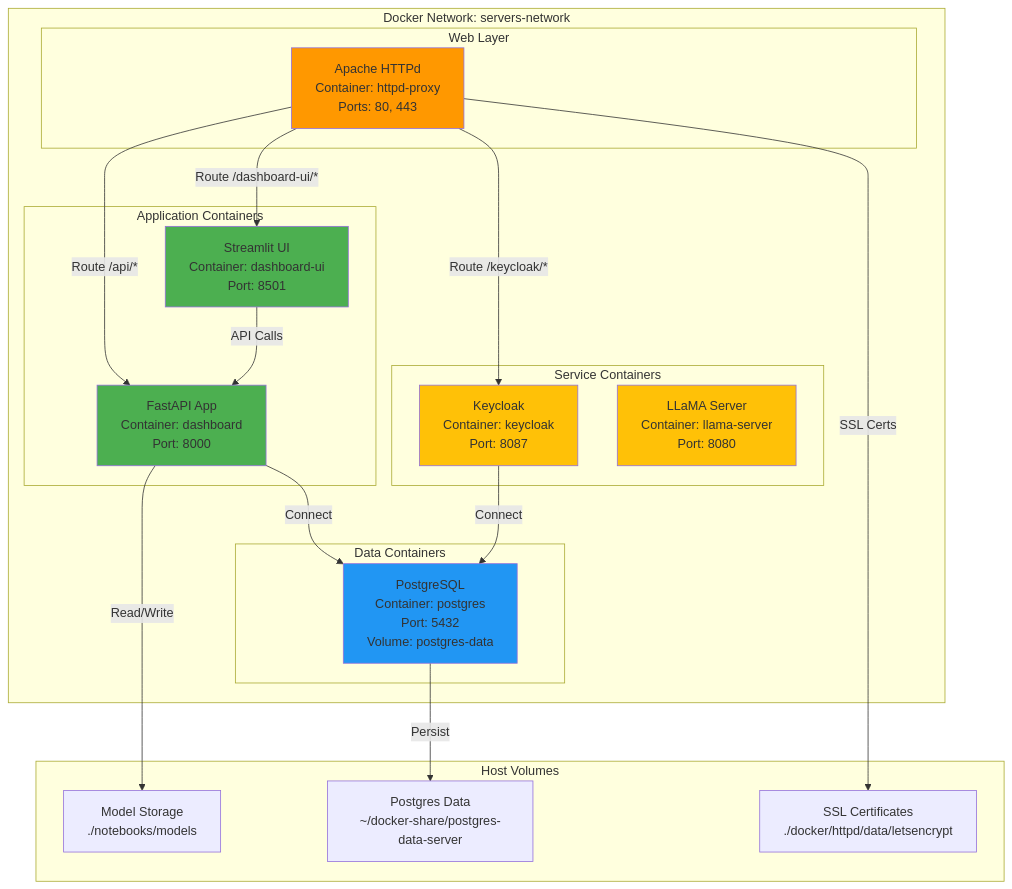
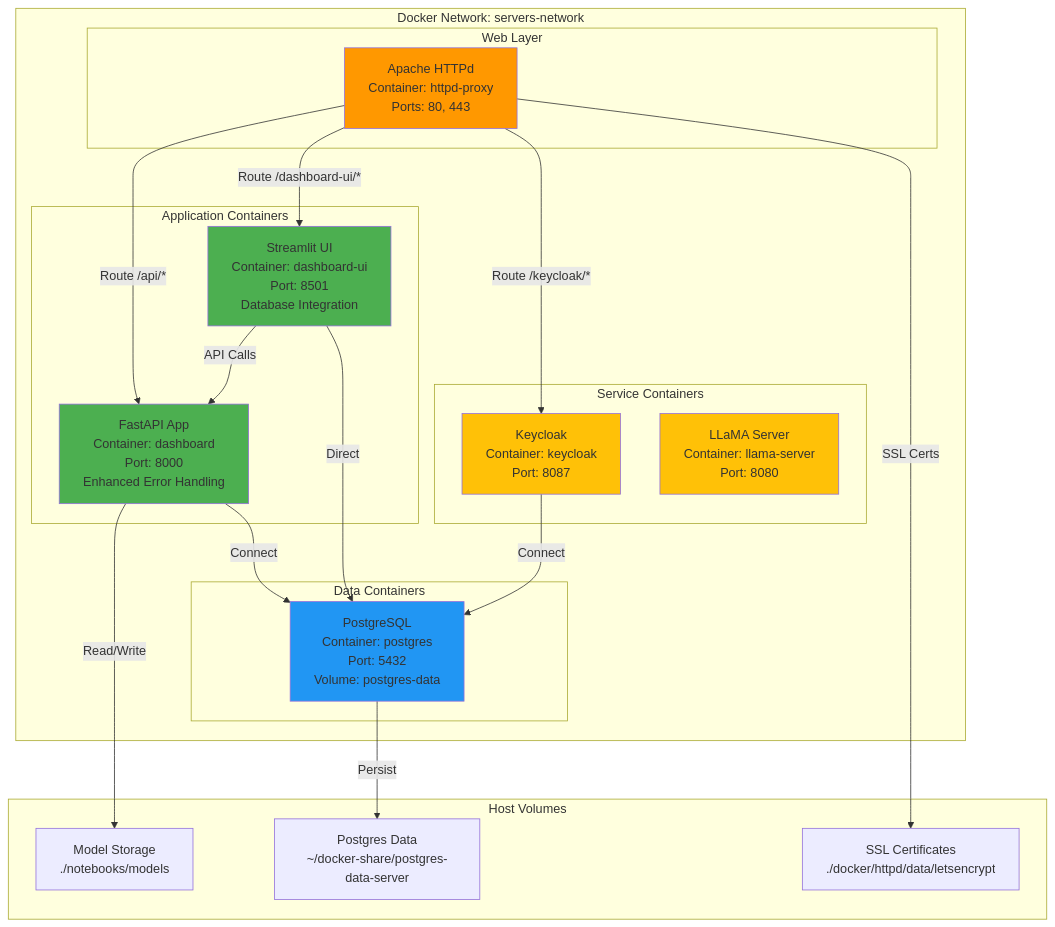
One commit to sweetd0vee/dashboard changed the tenth of 16 diagrams in docs/ARCHITECTURE.md. Above: the diagram before and after it, drawn with Mermaid. The commit also changed other lines of this file, not shown here.

Commit message:
added architecture

````diff
--- a/docs/ARCHITECTURE.md
+++ b/docs/ARCHITECTURE.md
@@ -387,47 +486,48 @@
 ```mermaid
 graph TB
     subgraph "Docker Network: servers-network"
         subgraph "Web Layer"
             HTTPd[Apache HTTPd<br/>Container: httpd-proxy<br/>Ports: 80, 443]
         end
         
         subgraph "Application Containers"
-            API_Container[FastAPI App<br/>Container: dashboard<br/>Port: 8000]
-            UI_Container[Streamlit UI<br/>Container: dashboard-ui<br/>Port: 8501]
+            API_Container[FastAPI App<br/>Container: dashboard<br/>Port: 8000<br/>Enhanced Error Handling]
+            UI_Container[Streamlit UI<br/>Container: dashboard-ui<br/>Port: 8501<br/>Database Integration]
         end
         
         subgraph "Service Containers"
             Keycloak[Keycloak<br/>Container: keycloak<br/>Port: 8087]
             LLaMA[LLaMA Server<br/>Container: llama-server<br/>Port: 8080]
         end
         
         subgraph "Data Containers"
             Postgres[PostgreSQL<br/>Container: postgres<br/>Port: 5432<br/>Volume: postgres-data]
         end
     end
     
     subgraph "Host Volumes"
         ModelStorage[Model Storage<br/>./notebooks/models]
         PostgresData[Postgres Data<br/>~/docker-share/postgres-data-server]
         SSL_Certs[SSL Certificates<br/>./docker/httpd/data/letsencrypt]
     end
     
     HTTPd -->|Route /api/*| API_Container
     HTTPd -->|Route /dashboard-ui/*| UI_Container
     HTTPd -->|Route /keycloak/*| Keycloak
     
     API_Container -->|Connect| Postgres
     UI_Container -->|API Calls| API_Container
+    UI_Container -->|Direct| Postgres
     Keycloak -->|Connect| Postgres
     
     API_Container -->|Read/Write| ModelStorage
     Postgres -->|Persist| PostgresData
     HTTPd -->|SSL Certs| SSL_Certs
     
     style HTTPd fill:#ff9800
     style API_Container fill:#4caf50
     style UI_Container fill:#4caf50
     style Postgres fill:#2196f3
     style Keycloak fill:#ffc107
     style LLaMA fill:#ffc107
 ```
````
